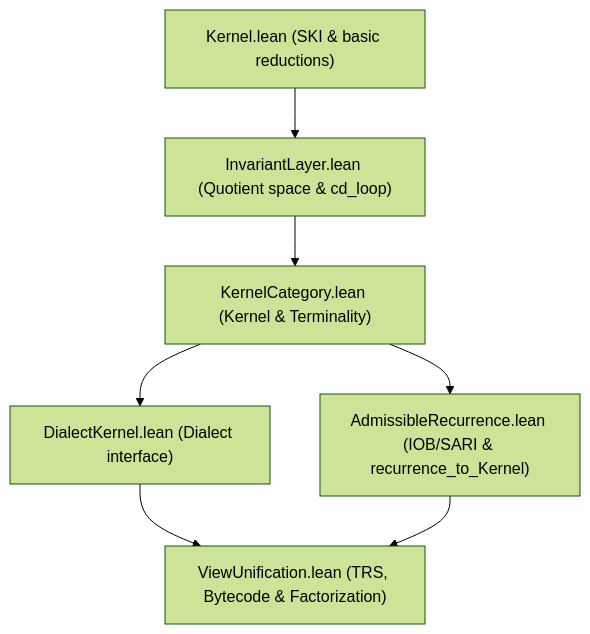
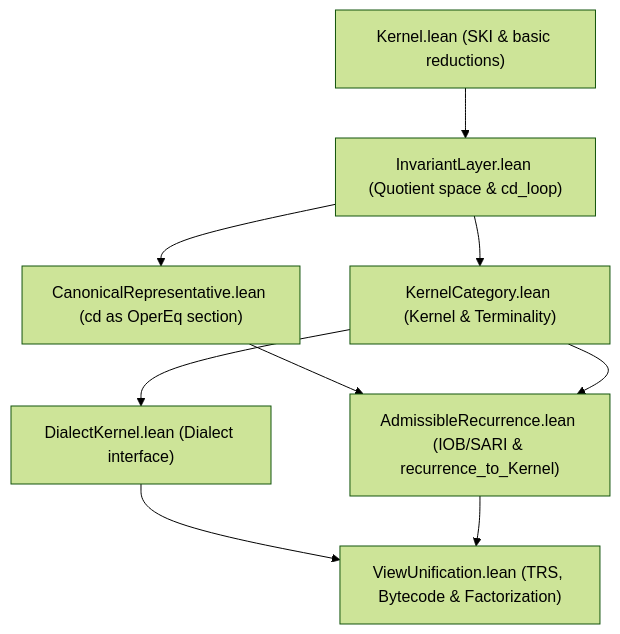
Before and after one commit to Cypoe/isar-proofs: the diagram in STATUS.md, drawn with Mermaid (forest theme). The commit also changed other lines of this file and 19 other files, not shown here.

````diff
--- a/STATUS.md
+++ b/STATUS.md
@@ -11,9 +47,11 @@
 ```mermaid
 graph TD
     Kernel["Kernel.lean (SKI & basic reductions)"] --> Invariant["InvariantLayer.lean (Quotient space & cd_loop)"]
+    Invariant --> Canon["CanonicalRepresentative.lean (cd as OperEq section)"]
     Invariant --> Category["KernelCategory.lean (Kernel & Terminality)"]
+    Canon --> Recurrence["AdmissibleRecurrence.lean (IOB/SARI & recurrence_to_Kernel)"]
     Category --> Dialect["DialectKernel.lean (Dialect interface)"]
-    Category --> Recurrence["AdmissibleRecurrence.lean (IOB/SARI & recurrence_to_Kernel)"]
+    Category --> Recurrence
     Dialect --> Unification["ViewUnification.lean (TRS, Bytecode & Factorization)"]
     Recurrence --> Unification
 ```
````
